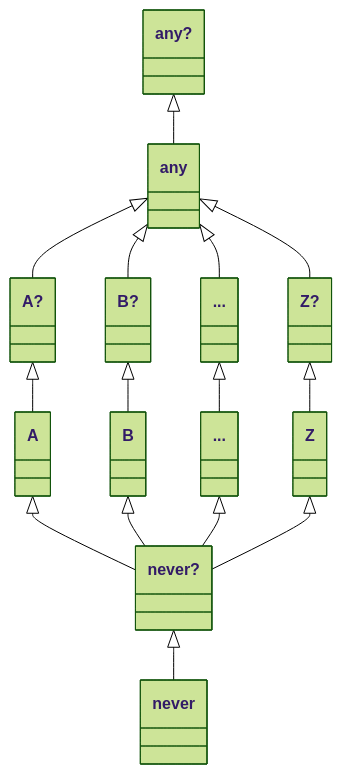
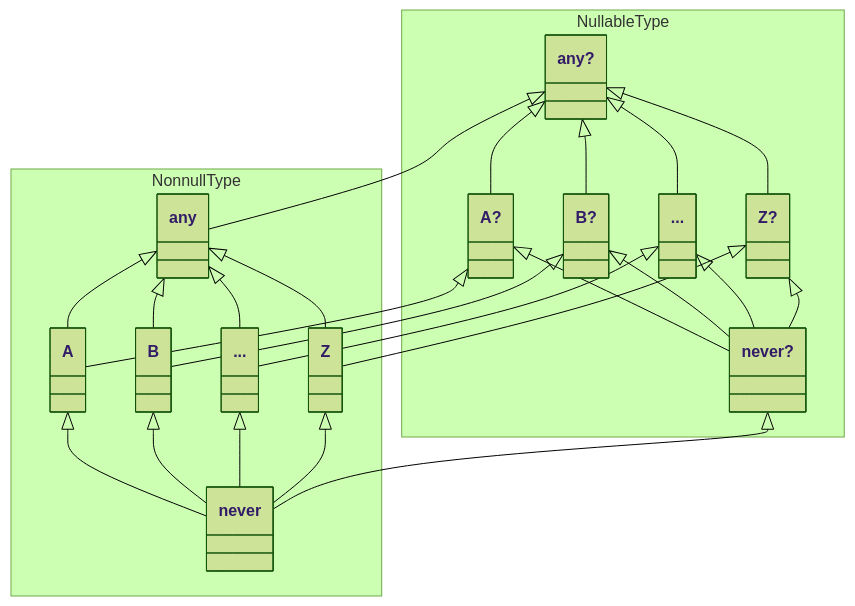
Before and after one commit to Yaossg/site: the eighth of 8 diagrams in blog/never.md, drawn with Mermaid (forest theme). The commit also changed other lines of this file, not shown here.

````diff
--- a/blog/never.md
+++ b/blog/never.md
@@ -378,29 +378,41 @@
 ```mermaid
 classDiagram
+namespace NullableType {
 class SuperQ["any?"]
-class Super["any"]
 class AQ["A?"]
 class BQ["B?"]
 class CQ["..."]
 class ZQ["Z?"]
+class SubQ["never?"]
+}
+namespace NonnullType {
+class Super["any"]
 class A
 class B
 class C["..."]
 class Z
-class SubQ["never?"]
 class Sub["never"]
+}
 SuperQ <|-- Super
-Super <|-- AQ
-Super <|-- BQ
-Super <|-- CQ
-Super <|-- ZQ
+SuperQ <|-- AQ
+SuperQ <|-- BQ
+SuperQ <|-- CQ
+SuperQ <|-- ZQ
+Super <|-- A
+Super <|-- B
+Super <|-- C
+Super <|-- Z
 AQ <|-- A
 BQ <|-- B
 CQ <|-- C
 ZQ <|-- Z
-A <|-- SubQ
-B <|-- SubQ
-C <|-- SubQ
-Z <|-- SubQ
+AQ <|-- SubQ
+BQ <|-- SubQ
+CQ <|-- SubQ
+ZQ <|-- SubQ
+A <|-- Sub
+B <|-- Sub
+C <|-- Sub
+Z <|-- Sub
 SubQ <|-- Sub
 ```
````
